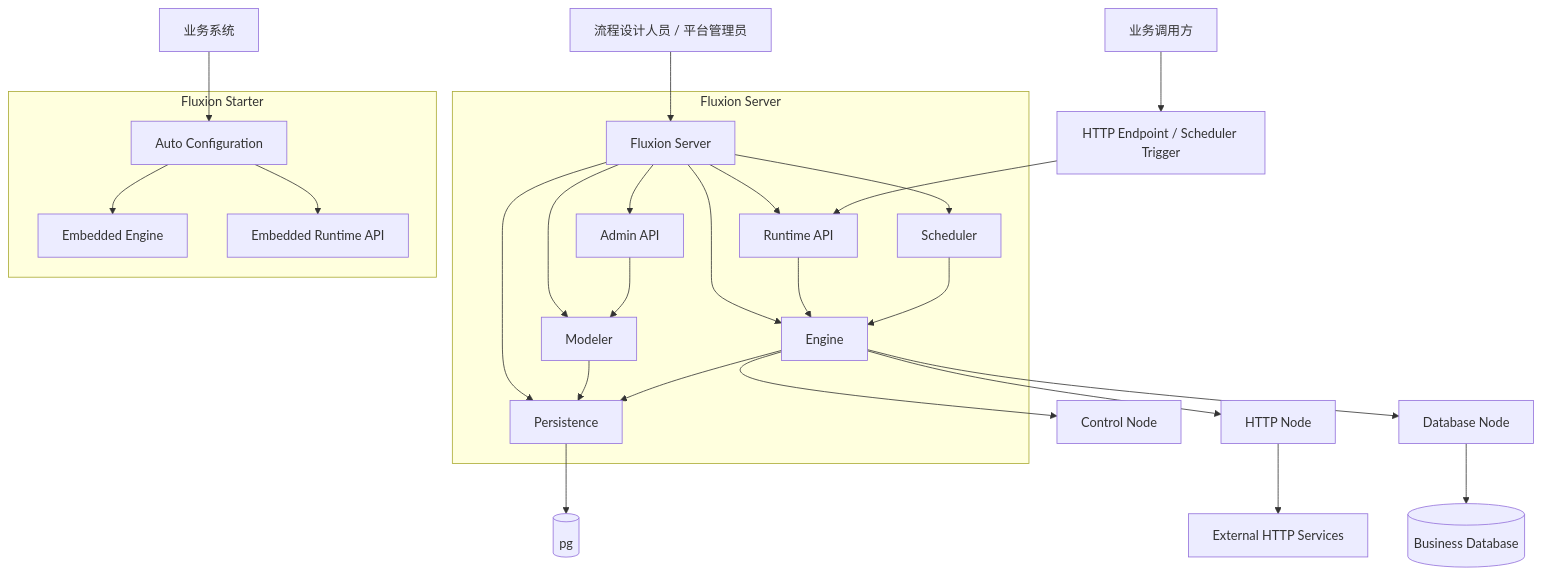
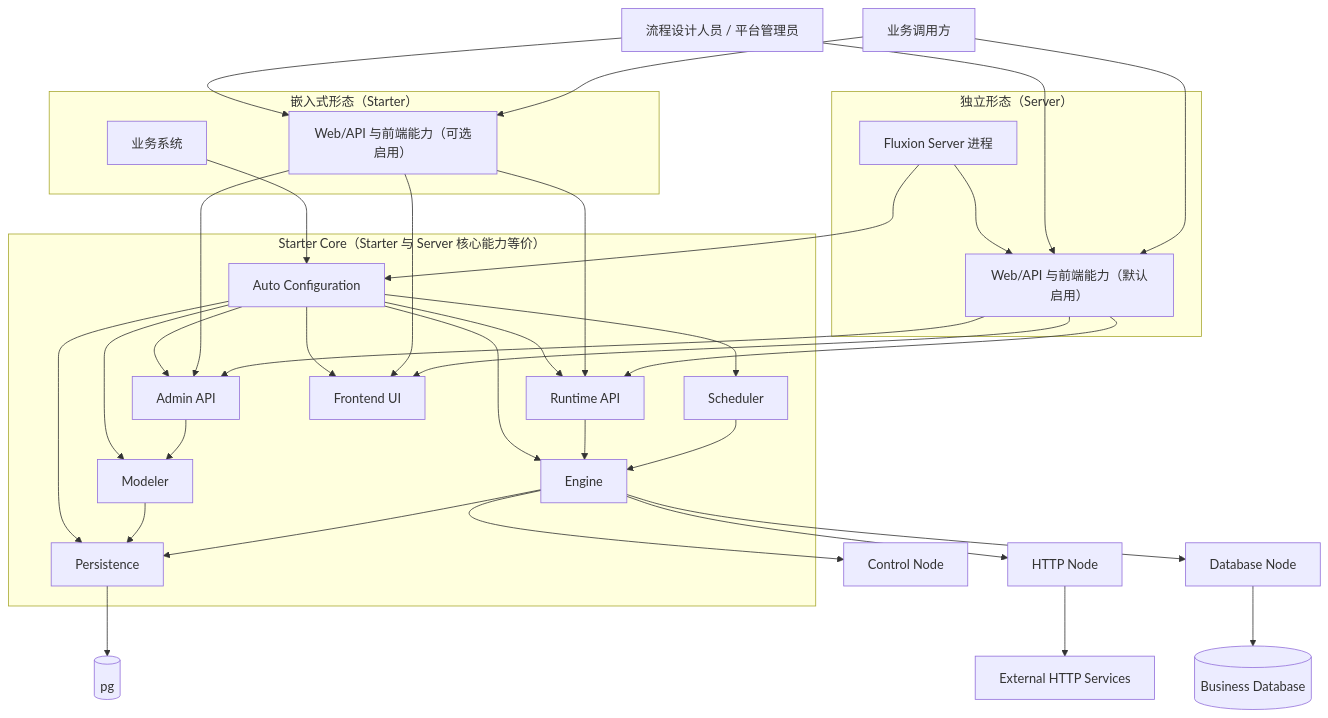
Before and after one commit to toohandsome/fluxion: the first of 3 diagrams in README.md, drawn with Mermaid. The commit also changed other lines of this file and 4 other files, not shown here.

````diff
--- a/README.md
+++ b/README.md
@@ -124,52 +126,66 @@
 ```mermaid
 graph TD
-    A[流程设计人员 / 平台管理员] --> B[Fluxion Server]
-    C[业务调用方] --> D[HTTP Endpoint / Scheduler Trigger]
+    A[流程设计人员 / 平台管理员]
+    C[业务调用方]
 
-    subgraph Server[Fluxion Server]
-        B1[Admin API]
-        B2[Runtime API]
-        B3[Modeler]
-        B4[Engine]
-        B5[Persistence]
-        B6[Scheduler]
-        B --> B1
-        B --> B2
-        B --> B3
-        B --> B4
-        B --> B5
-        B --> B6
+    subgraph Mode1[嵌入式形态（Starter）]
+        K[业务系统]
+        O[Web/API 与前端能力（可选启用）]
     end
 
-    subgraph Starter[Fluxion Starter]
-        S1[Auto Configuration]
-        S2[Embedded Engine]
-        S3[Embedded Runtime API]
+    subgraph Mode2[独立形态（Server）]
+        L[Fluxion Server 进程]
+        P[Web/API 与前端能力（默认启用）]
+        L --> P
     end
 
-    D --> B2
-    B1 --> B3
-    B2 --> B4
-    B3 --> B5
-    B4 --> B5
-    B6 --> B4
+    subgraph Core[Starter Core（Starter 与 Server 核心能力等价）]
+        S0[Auto Configuration]
+        S1[Admin API]
+        S2[Runtime API]
+        S3[Modeler]
+        S4[Engine]
+        S5[Persistence]
+        S6[Scheduler]
+        S7[Frontend UI]
+        S0 --> S1
+        S0 --> S2
+        S0 --> S3
+        S0 --> S4
+        S0 --> S5
+        S0 --> S6
+        S0 --> S7
+        S1 --> S3
+        S2 --> S4
+        S3 --> S5
+        S4 --> S5
+        S6 --> S4
+    end
+
+    K --> S0
+    L --> S0
+    O --> S1
+    O --> S2
+    O --> S7
+    P --> S1
+    P --> S2
+    P --> S7
+    A --> O
+    A --> P
+    C --> O
+    C --> P
 
     E[(pg)]
     F[HTTP Node]
     G[Database Node]
     H[Control Node]
     I[External HTTP Services]
     J[(Business Database)]
 
-    B5 --> E
-    B4 --> F
-    B4 --> G
-    B4 --> H
+    S5 --> E
+    S4 --> F
+    S4 --> G
+    S4 --> H
     F --> I
     G --> J
-
-    K[业务系统]
-    K --> S1
-    S1 --> S2
-    S1 --> S3
 ```
````
